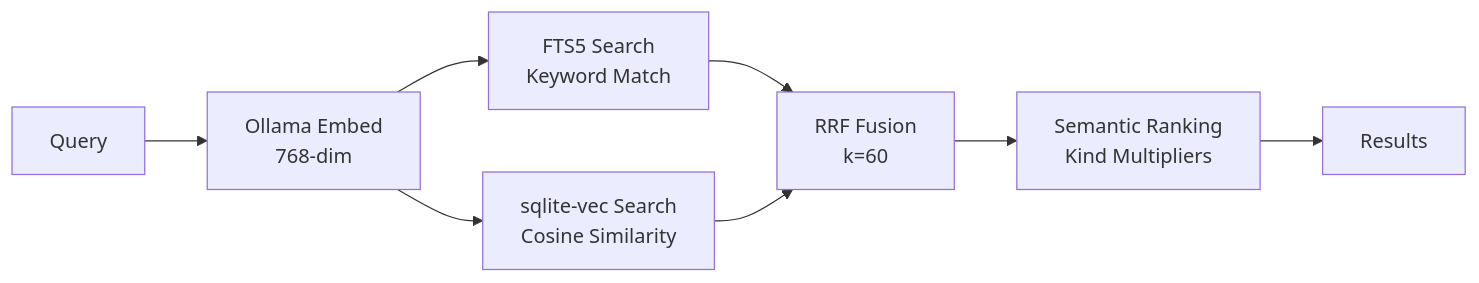
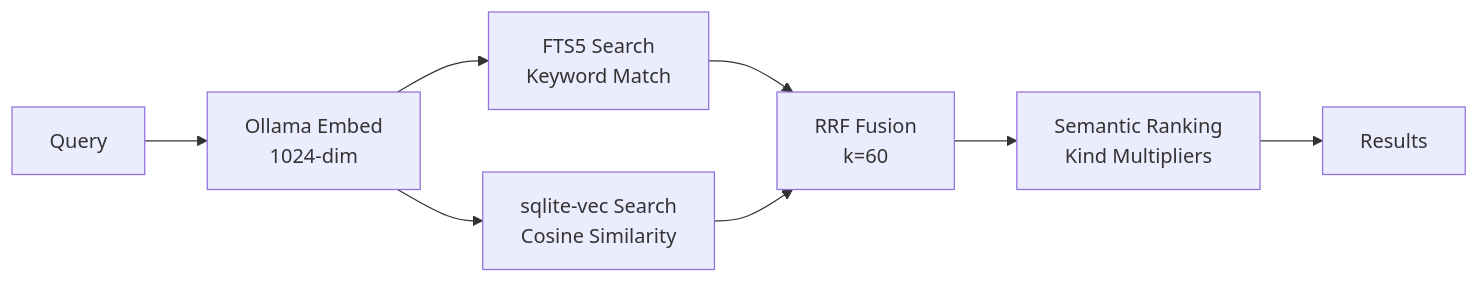
Before and after one commit to manifoldlogic/crewchief: the second of 4 diagrams in docs/architecture/overview.md, drawn with Mermaid. The commit also changed other lines of this file and 9 other files, not shown here.

````diff
--- a/docs/architecture/overview.md
+++ b/docs/architecture/overview.md
@@ -53,10 +53,10 @@
 ```mermaid
 graph LR
-    Q[Query] --> E[Ollama Embed<br/>768-dim]
+    Q[Query] --> E[Ollama Embed<br/>1024-dim]
     E --> FTS[FTS5 Search<br/>Keyword Match]
     E --> VEC[sqlite-vec Search<br/>Cosine Similarity]
     FTS --> RRF[RRF Fusion<br/>k=60]
     VEC --> RRF
     RRF --> SR[Semantic Ranking<br/>Kind Multipliers]
     SR --> R[Results]
 ```
````
